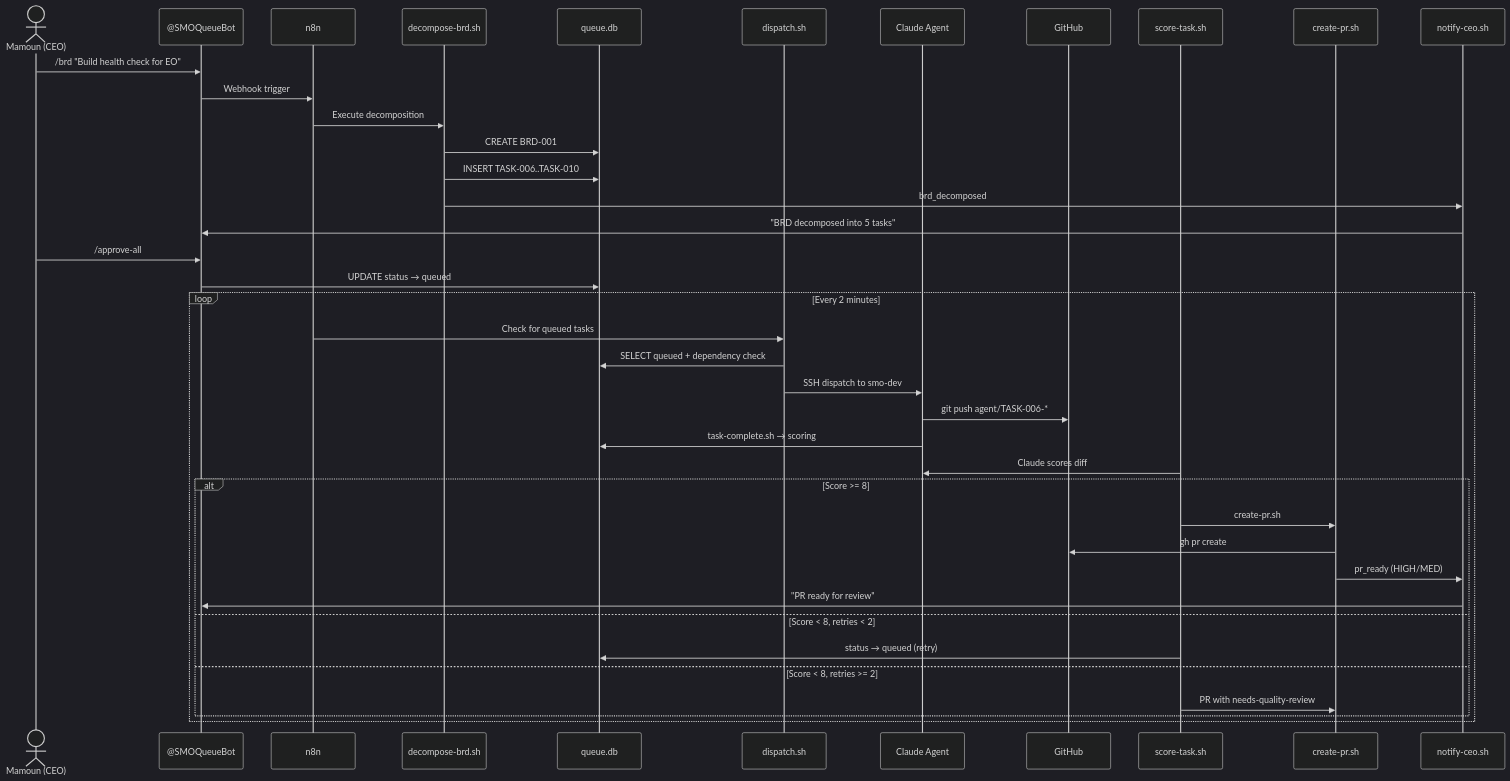
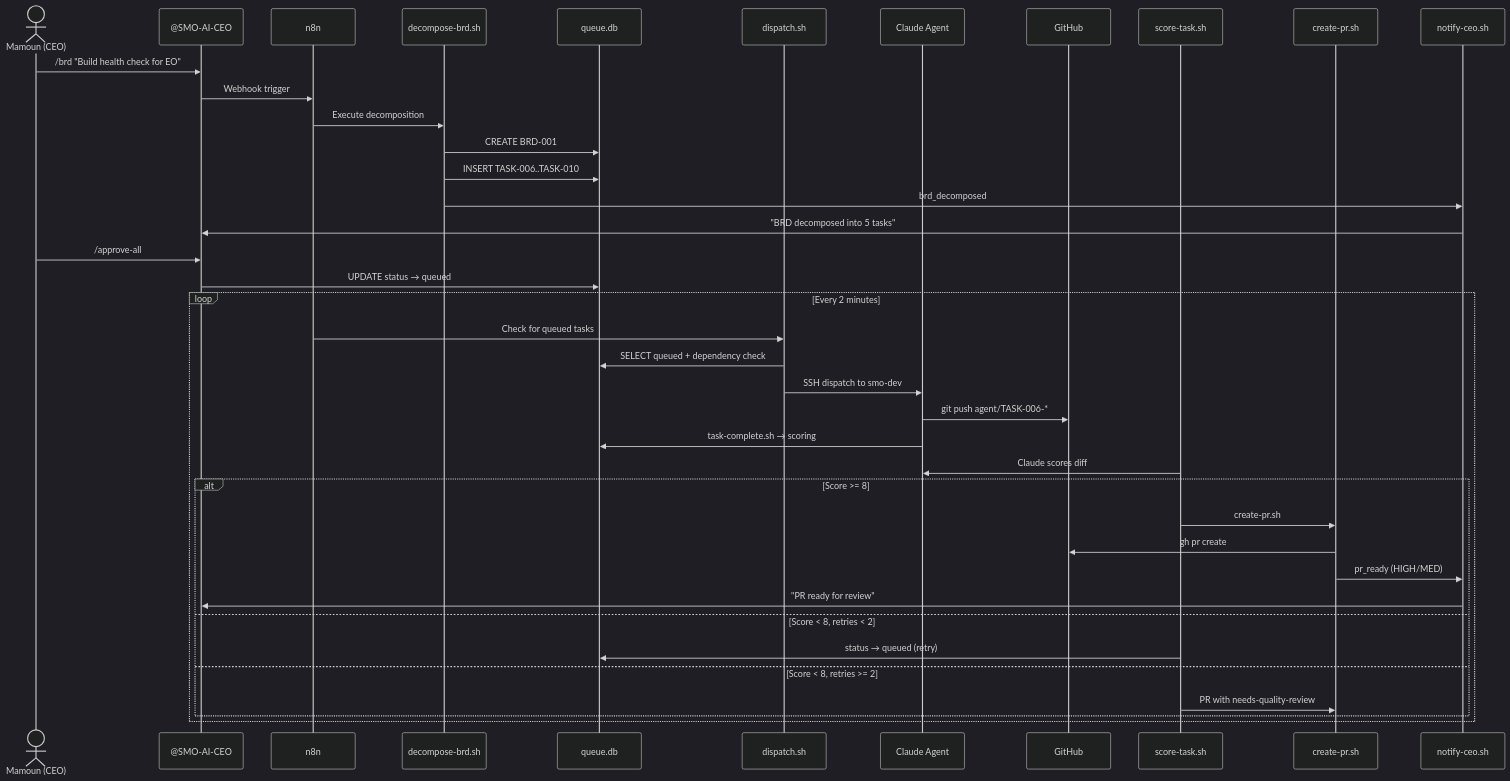
One commit to SMOrchestra-ai/smorch-brain changed the second of 4 diagrams in Desktop/cowork-workspace/Github_SMO_AI_Native_Archi/AI Native Doc/DevTeamSOP/architecture/system-diagram.md. Above: the diagram before and after it, drawn with Mermaid (dark theme). The commit also changed other lines of this file and 11 other files, not shown here.

First line of the commit message:
docs: rename @SMOQueueBot → @SMO-AI-CEO across all documentation

````diff
--- a/Desktop/cowork-workspace/Github_SMO_AI_Native_Archi/AI Native Doc/DevTeamSOP/architecture/system-diagram.md
+++ b/Desktop/cowork-workspace/Github_SMO_AI_Native_Archi/AI Native Doc/DevTeamSOP/architecture/system-diagram.md
@@ -110,43 +110,43 @@
 ```mermaid
 sequenceDiagram
     actor CEO as Mamoun (CEO)
-    participant TG as @SMOQueueBot
+    participant TG as @SMO-AI-CEO
     participant N8N as n8n
     participant DEC as decompose-brd.sh
     participant DB as queue.db
     participant DIS as dispatch.sh
     participant AGT as Claude Agent
     participant GH as GitHub
     participant SCR as score-task.sh
     participant PR as create-pr.sh
     participant NOT as notify-ceo.sh
 
     CEO->>TG: /brd "Build health check for EO"
     TG->>N8N: Webhook trigger
     N8N->>DEC: Execute decomposition
     DEC->>DB: CREATE BRD-001
     DEC->>DB: INSERT TASK-006..TASK-010
     DEC->>NOT: brd_decomposed
     NOT->>TG: "BRD decomposed into 5 tasks"
     CEO->>TG: /approve-all
     TG->>DB: UPDATE status → queued
 
     loop Every 2 minutes
         N8N->>DIS: Check for queued tasks
         DIS->>DB: SELECT queued + dependency check
         DIS->>AGT: SSH dispatch to smo-dev
         AGT->>GH: git push agent/TASK-006-*
         AGT->>DB: task-complete.sh → scoring
         SCR->>AGT: Claude scores diff
         alt Score >= 8
             SCR->>PR: create-pr.sh
             PR->>GH: gh pr create
             PR->>NOT: pr_ready (HIGH/MED)
             NOT->>TG: "PR ready for review"
         else Score < 8, retries < 2
             SCR->>DB: status → queued (retry)
         else Score < 8, retries >= 2
             SCR->>PR: PR with needs-quality-review
         end
     end
 ```
````
